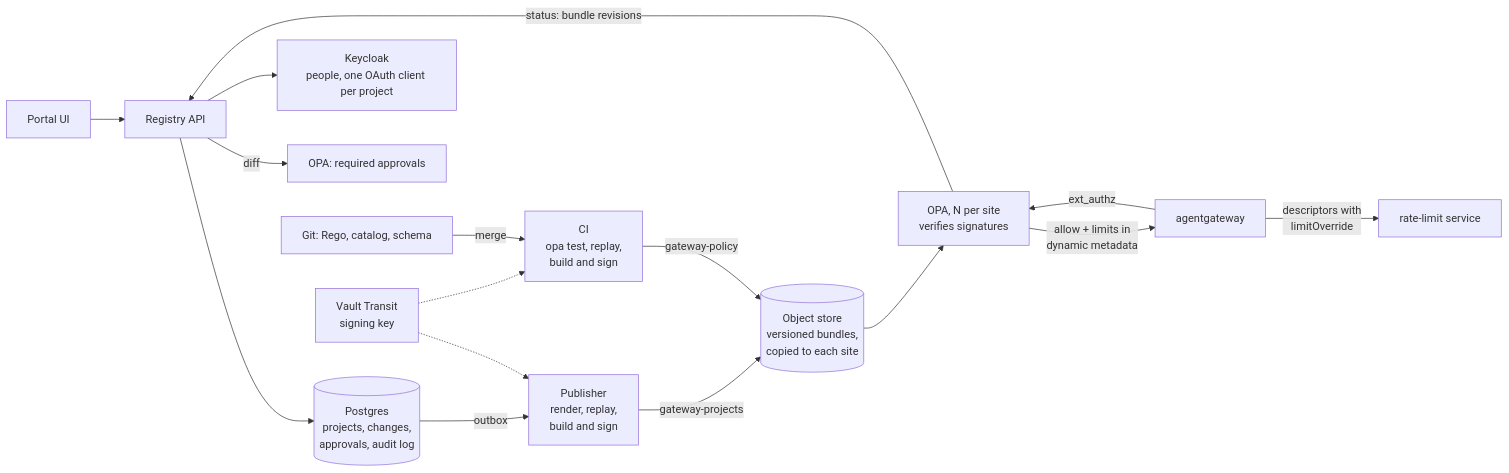
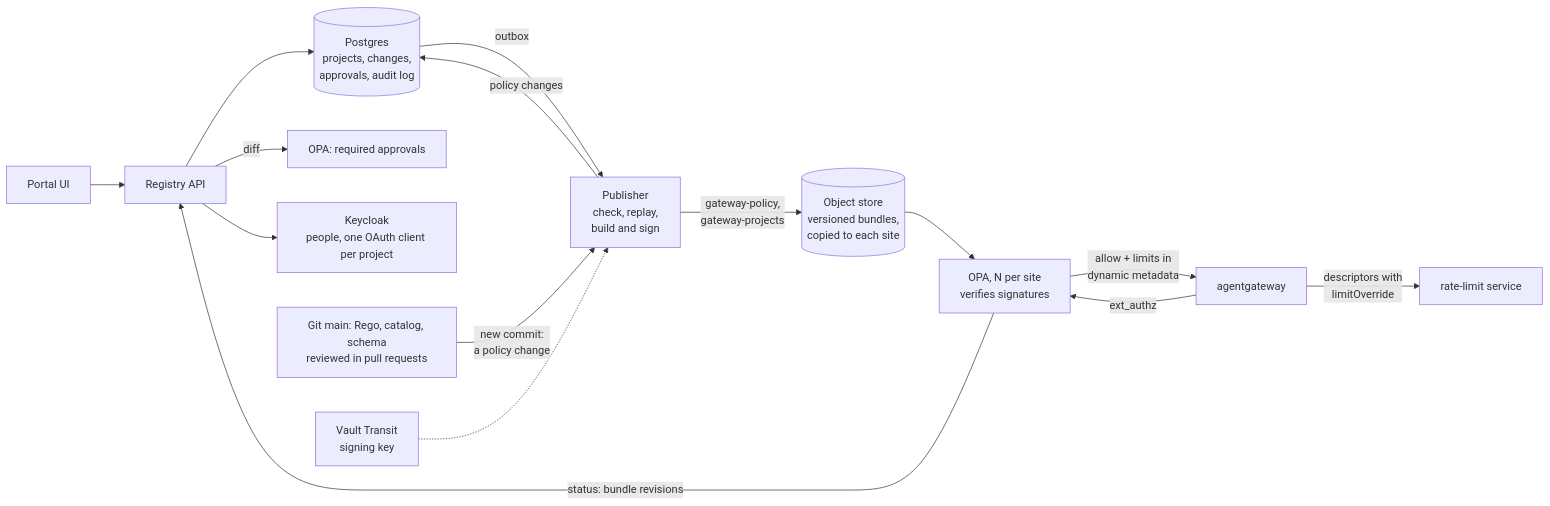
One commit to nolimitkun/mini-platform-deployment changed the diagram in docs/project-registry.md. Above: the diagram before and after it, drawn with Mermaid. The commit also changed other lines of this file, not shown here.

First line of the commit message:
docs(project-registry): the design matches what runs: the registry publishes both bundles (#58)

````diff
--- a/docs/project-registry.md
+++ b/docs/project-registry.md
@@ -35,19 +38,18 @@
 ```mermaid
 flowchart LR
   kc[Keycloak<br/>people, one OAuth client per project]
   ui[Portal UI] --> api[Registry API]
   api --> pg[(Postgres<br/>projects, changes,<br/>approvals, audit log)]
   api -->|diff| opap[OPA: required approvals]
   api --> kc
-  pg -->|outbox| pub[Publisher<br/>render, replay,<br/>build and sign]
-  git[Git: Rego, catalog, schema] -->|merge| ci[CI<br/>opa test, replay,<br/>build and sign]
+  pg -->|outbox| pub[Publisher<br/>check, replay,<br/>build and sign]
+  git[Git main: Rego, catalog, schema<br/>reviewed in pull requests] -->|new commit:<br/>a policy change| pub
+  pub -->|policy changes| pg
   vt[Vault Transit<br/>signing key] -.-> pub
-  vt -.-> ci
-  pub -->|gateway-projects| s3[(Object store<br/>versioned bundles,<br/>copied to each site)]
-  ci -->|gateway-policy| s3
+  pub -->|gateway-policy,<br/>gateway-projects| s3[(Object store<br/>versioned bundles,<br/>copied to each site)]
   s3 --> opa[OPA, N per site<br/>verifies signatures]
   opa -->|status: bundle revisions| api
   gw[agentgateway] -->|ext_authz| opa
   opa -->|allow + limits in<br/>dynamic metadata| gw
   gw -->|descriptors with<br/>limitOverride| rl[rate-limit service]
 ```
````
